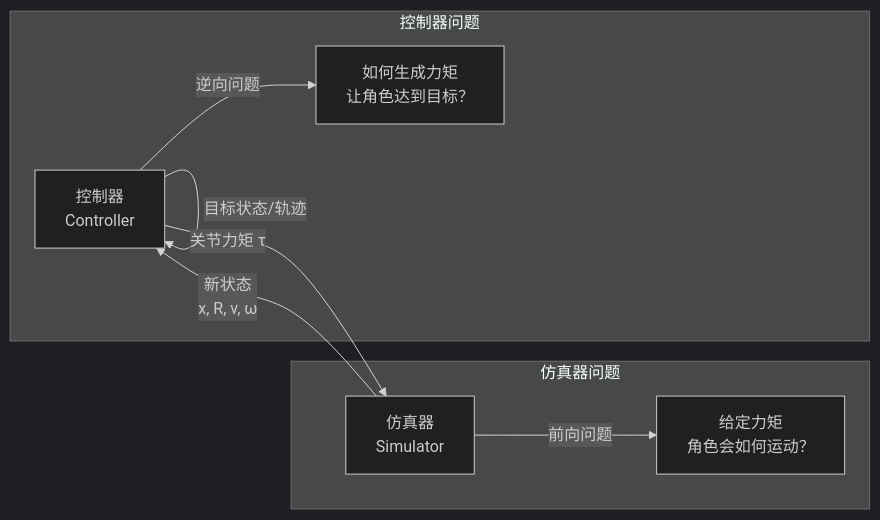
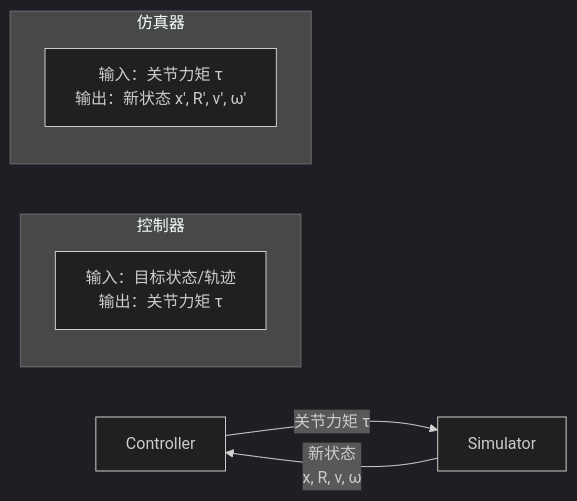
Before and after one commit to CaterpillarStudyGroup/GAMES105_mdbook: the first of 3 diagrams in src/Simulation.md, drawn with Mermaid (dark theme). The commit also changed other lines of this file and 4 other files, not shown here.

First line of the commit message:
Simulation.md: 优化两个 Mermaid 图

````diff
--- a/src/Simulation.md
+++ b/src/Simulation.md
@@ -27,17 +27,13 @@
 ```mermaid
 flowchart LR
-    Controller[控制器<br/>Controller]
-    Simulator[仿真器<br/>Simulator]
+    subgraph "控制器"
+        C[输入：目标状态/轨迹<br/>输出：关节力矩 τ]
+    end
+
+    subgraph "仿真器"
+        S[输入：关节力矩 τ<br/>输出：新状态 x', R', v', ω']
+    end
 
     Controller -- 关节力矩 τ --> Simulator
     Simulator -- 新状态<br/>x, R, v, ω --> Controller
-    Controller -- 目标状态/轨迹 --> Controller
-
-    subgraph 控制器问题
-        Controller -->|逆向问题 | Torque[如何生成力矩<br/>让角色达到目标？]
-    end
-
-    subgraph 仿真器问题
-        Simulator -->|前向问题 | Motion[给定力矩<br/>角色会如何运动？]
-    end
 ```
````
